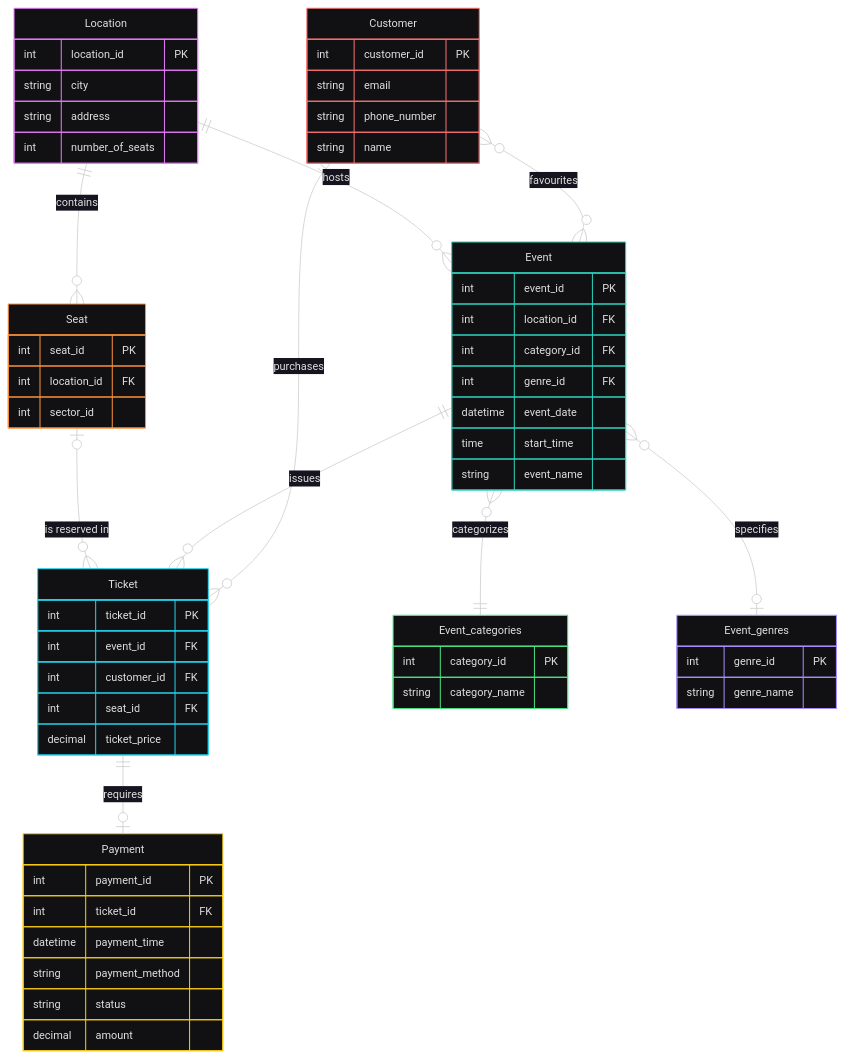
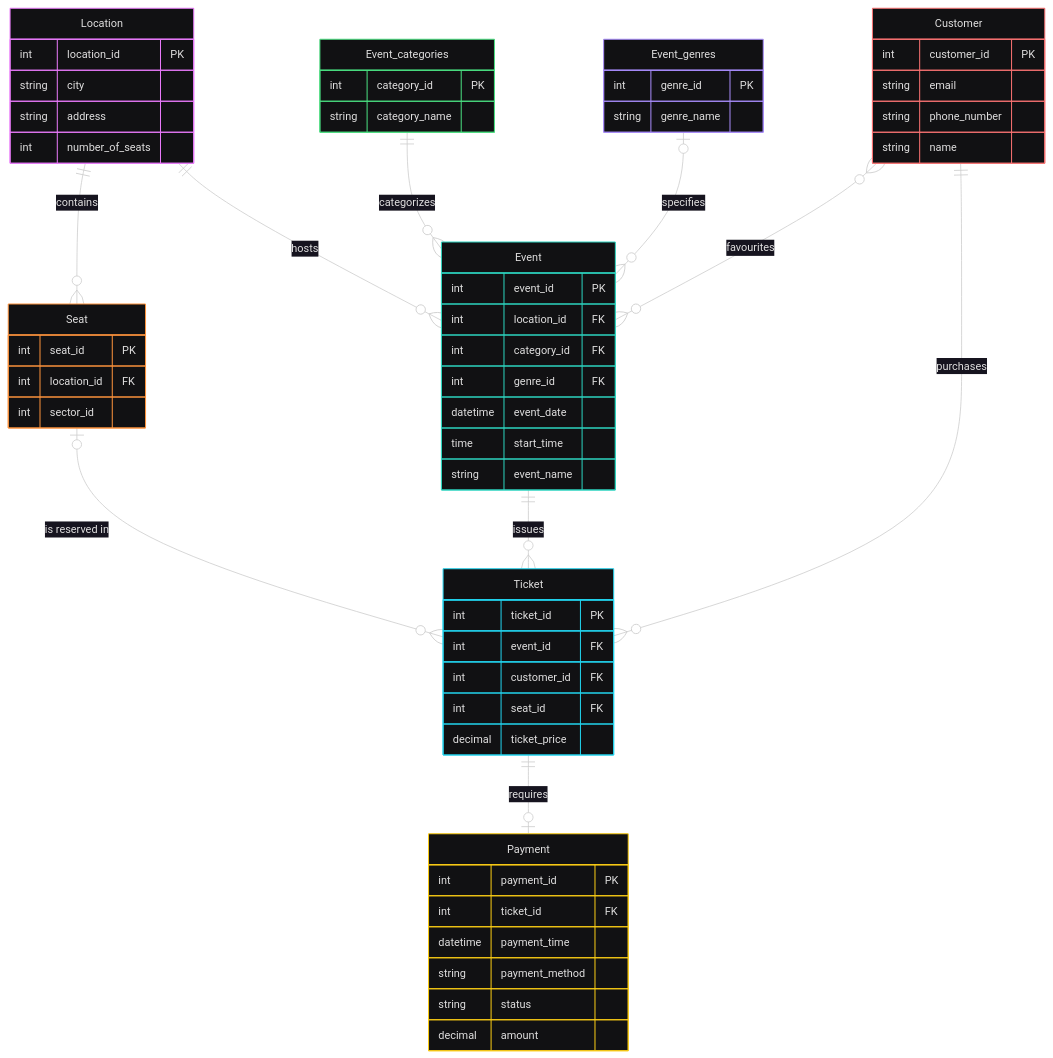
Before and after one commit to anastasiiaaz/2-course-mavpz: the diagram in lab1/diagram.mmd, drawn with Mermaid.

Commit message:
fix: fix relationship direction

```diff
--- a/lab1/diagram.mmd
+++ b/lab1/diagram.mmd
@@ -1,72 +1,72 @@
 %%{
   init: {
     'theme': 'redux-dark-color'
   }
 }%%
 erDiagram
     Location ||--o{ Event : "hosts"
     Location ||--o{ Seat : "contains"
     Seat |o--o{ Ticket : "is reserved in"
     Event ||--o{ Ticket : "issues"
-    Event }o--|| Event_categories : "categorizes"
-    Event }o--o| Event_genres : "specifies"
+    Event_categories ||--o{ Event : "categorizes"
+    Event_genres |o--o{ Event : "specifies"
     Customer ||--o{ Ticket : "purchases"
     Ticket ||--o| Payment : "requires"
     Customer }o--o{ Event : "favourites"
 
     Location {
         int location_id PK
         string city
         string address
         int number_of_seats
     }
 
     Event {
         int event_id PK
         int location_id FK
         int category_id FK
         int genre_id FK
         datetime event_date
         time start_time
         string event_name
     }
 
     Event_categories {
         int category_id PK
         string category_name
     }
 
     Event_genres {
         int genre_id PK
         string genre_name
     }
 
     Customer {
         int customer_id PK
         string email
         string phone_number
         string name
     }
 
     Ticket {
         int ticket_id PK
         int event_id FK
         int customer_id FK
         int seat_id FK
         decimal ticket_price
     }
 
     Payment {
         int payment_id PK
         int ticket_id FK
         datetime payment_time
         string payment_method
         string status
         decimal amount
     }
 
     Seat {
         int seat_id PK
         int location_id FK
         int sector_id
     }
```
